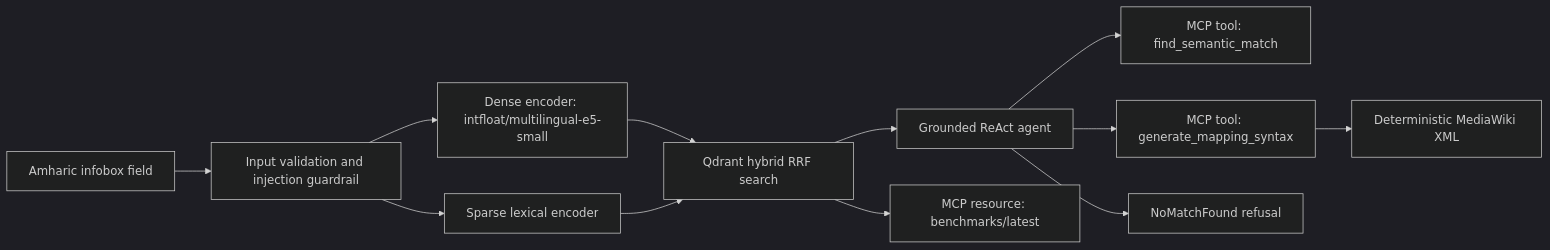
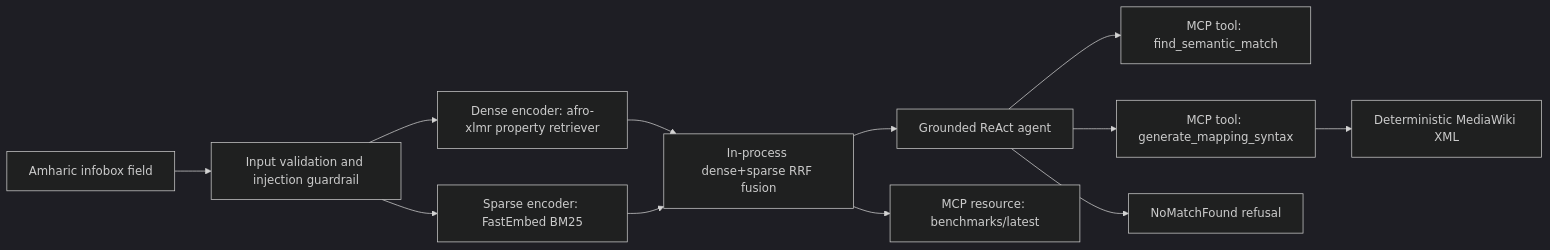
One commit to Nama21yo/agentic-amdbpedia changed the diagram in README.md. Above: the diagram before and after it, drawn with Mermaid (dark theme). The commit also changed other lines of this file and 18 other files, not shown here.

````diff
--- a/README.md
+++ b/README.md
@@ -19,14 +19,14 @@
 ```mermaid
 flowchart LR
     A[Amharic infobox field] --> B[Input validation and injection guardrail]
-    B --> C[Dense encoder: intfloat/multilingual-e5-small]
-    B --> D[Sparse lexical encoder]
-    C --> E[Qdrant hybrid RRF search]
+    B --> C[Dense encoder: afro-xlmr property retriever]
+    B --> D[Sparse encoder: FastEmbed BM25]
+    C --> E[In-process dense+sparse RRF fusion]
     D --> E
     E --> F[Grounded ReAct agent]
     F --> G[MCP tool: find_semantic_match]
     F --> H[MCP tool: generate_mapping_syntax]
     H --> I[Deterministic MediaWiki XML]
     F --> J[NoMatchFound refusal]
     E --> K[MCP resource: benchmarks/latest]
 ```
````
